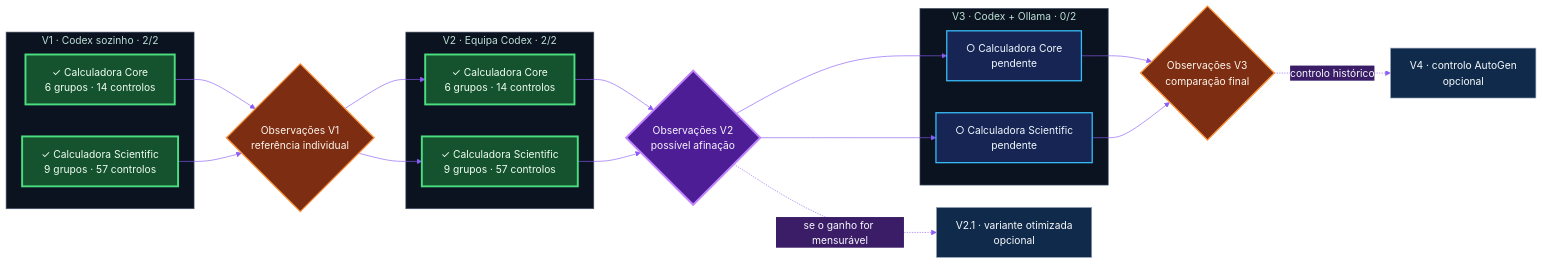
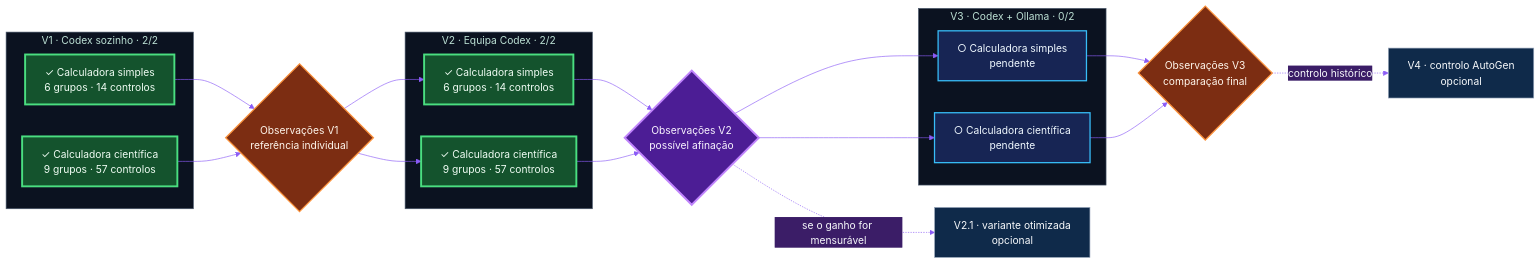
Before and after one commit to ERICRAC/AgentBench-2026: the diagram in README.pt.md, drawn with Mermaid. The commit also changed other lines of this file and 23 other files, not shown here.

````diff
--- a/README.pt.md
+++ b/README.pt.md
@@ -44,44 +48,44 @@
 ```mermaid
 %%{init: {"theme": "base", "themeVariables": {
   "primaryColor": "#0f2a4a", "primaryTextColor": "#f8fafc",
   "primaryBorderColor": "#22d3ee", "secondaryColor": "#3b1d67",
   "tertiaryColor": "#431f2b", "fontFamily": "system-ui",
   "lineColor": "#8b5cf6", "clusterBkg": "#0b1220",
   "clusterBorder": "#475569"
 }}}%%
 flowchart LR
     subgraph V1["V1 · Codex sozinho · 2/2"]
-      V1C["✓ Calculadora Core<br/>6 grupos · 14 controlos"]
-      V1S["✓ Calculadora Scientific<br/>9 grupos · 57 controlos"]
+      V1C["✓ Calculadora simples<br/>6 grupos · 14 controlos"]
+      V1S["✓ Calculadora científica<br/>9 grupos · 57 controlos"]
     end
     G1{"Observações V1<br/>referência individual"}
     subgraph V2["V2 · Equipa Codex · 2/2"]
-      V2C["✓ Calculadora Core<br/>6 grupos · 14 controlos"]
-      V2S["✓ Calculadora Scientific<br/>9 grupos · 57 controlos"]
+      V2C["✓ Calculadora simples<br/>6 grupos · 14 controlos"]
+      V2S["✓ Calculadora científica<br/>9 grupos · 57 controlos"]
     end
     G2{"Observações V2<br/>possível afinação"}
     V21["V2.1 · variante otimizada<br/>opcional"]
     subgraph V3["V3 · Codex + Ollama · 0/2"]
-      V3C["○ Calculadora Core<br/>pendente"]
-      V3S["○ Calculadora Scientific<br/>pendente"]
+      V3C["○ Calculadora simples<br/>pendente"]
+      V3S["○ Calculadora científica<br/>pendente"]
     end
     G3{"Observações V3<br/>comparação final"}
     V4["V4 · controlo AutoGen<br/>opcional"]
     V1C & V1S --> G1
     G1 --> V2C & V2S
     V2C & V2S --> G2
     G2 -. "se o ganho for mensurável" .-> V21
     G2 --> V3C & V3S
     V3C & V3S --> G3
     G3 -. "controlo histórico" .-> V4
     classDef done fill:#14532d,stroke:#4ade80,color:#f0fdf4,stroke-width:3px;
     classDef next fill:#4c1d95,stroke:#c084fc,color:#faf5ff,stroke-width:3px;
     classDef todo fill:#172554,stroke:#38bdf8,color:#f0f9ff,stroke-width:2px;
     classDef gate fill:#7c2d12,stroke:#fb923c,color:#fff7ed,stroke-width:2px;
     classDef optional fill:#0f2a4a,stroke:#94a3b8,color:#f8fafc;
     class V1C,V1S,V2C,V2S done;
     class V3C,V3S todo;
     class G1,G3 gate;
     class G2 next;
     class V21,V4 optional;
 ```
````
